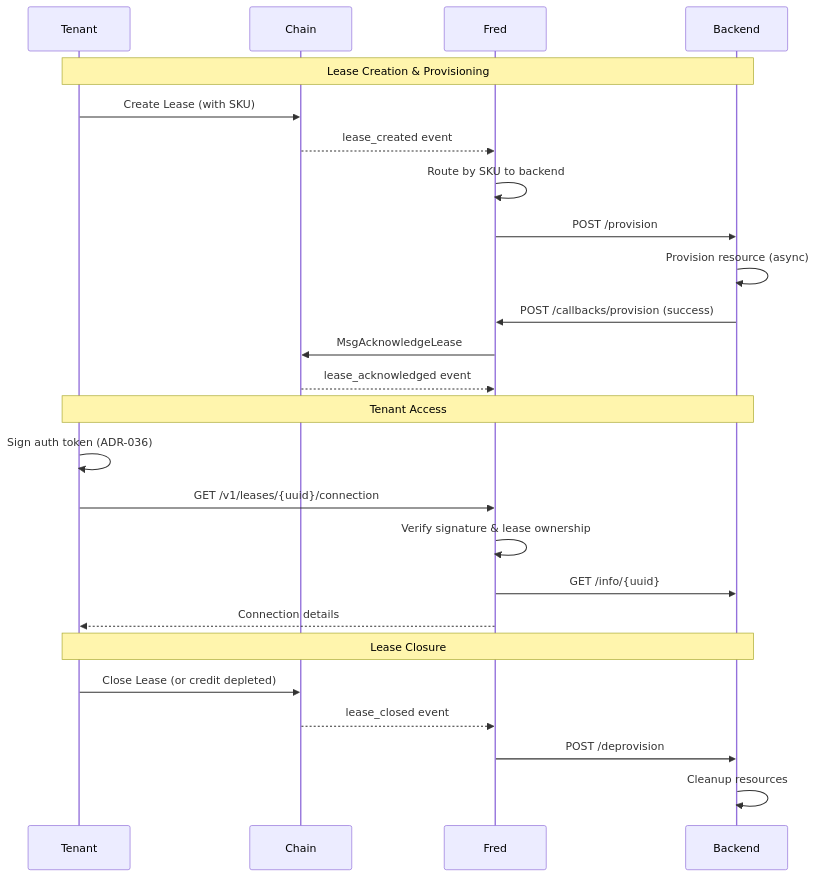
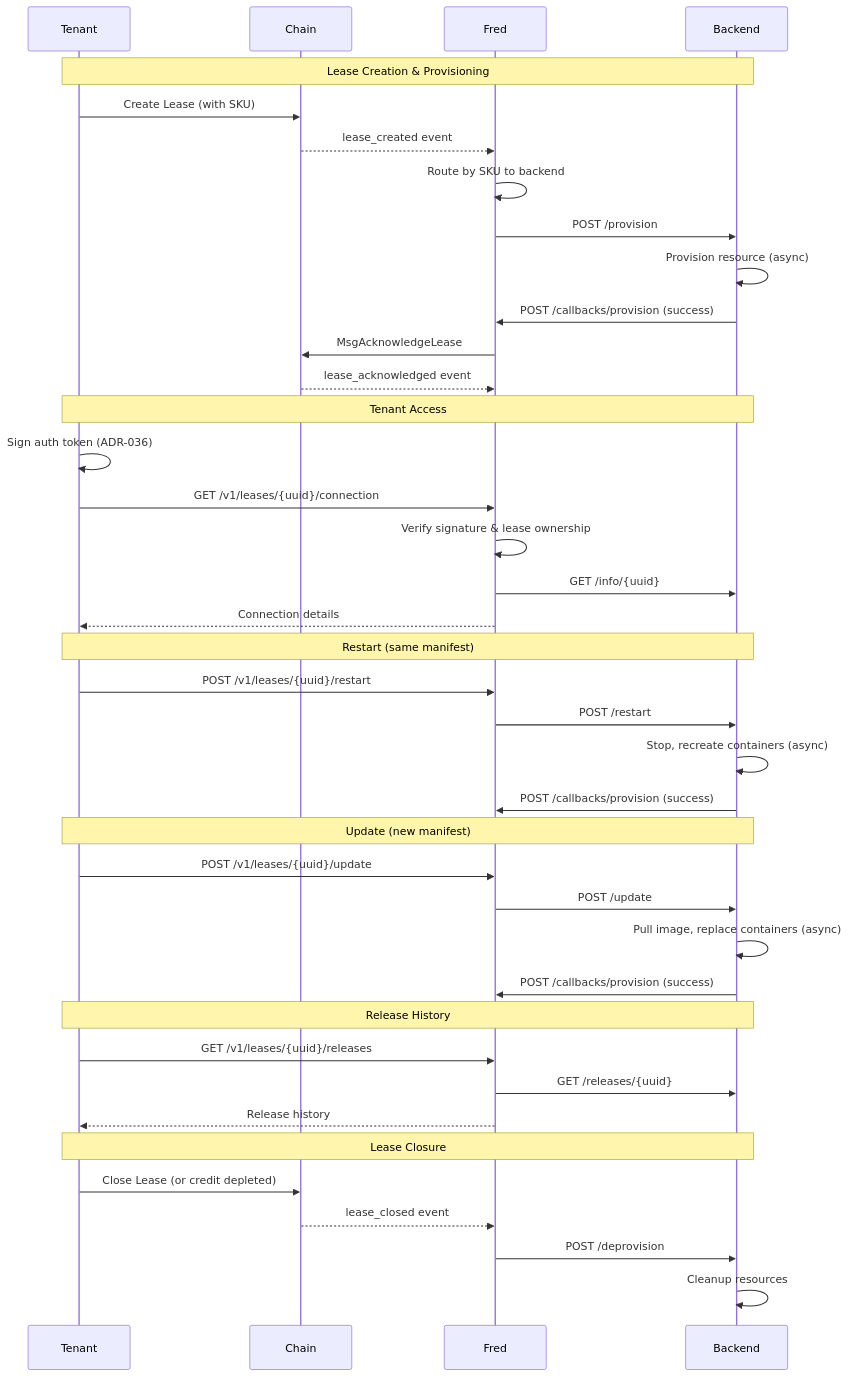
Before and after one commit to manifest-network/fred: the diagram in README.md, drawn with Mermaid. The commit also changed other lines of this file and 42 other files, not shown here.

````diff
--- a/README.md
+++ b/README.md
@@ -72,30 +73,47 @@
 ```mermaid
 sequenceDiagram
     participant T as Tenant
     participant C as Chain
     participant F as Fred
     participant B as Backend
 
     Note over T,B: Lease Creation & Provisioning
     T->>C: Create Lease (with SKU)
     C-->>F: lease_created event
     F->>F: Route by SKU to backend
     F->>B: POST /provision
     B->>B: Provision resource (async)
     B->>F: POST /callbacks/provision (success)
     F->>C: MsgAcknowledgeLease
     C-->>F: lease_acknowledged event
 
     Note over T,B: Tenant Access
     T->>T: Sign auth token (ADR-036)
     T->>F: GET /v1/leases/{uuid}/connection
     F->>F: Verify signature & lease ownership
     F->>B: GET /info/{uuid}
     F-->>T: Connection details
 
+    Note over T,B: Restart (same manifest)
+    T->>F: POST /v1/leases/{uuid}/restart
+    F->>B: POST /restart
+    B->>B: Stop, recreate containers (async)
+    B->>F: POST /callbacks/provision (success)
+
+    Note over T,B: Update (new manifest)
+    T->>F: POST /v1/leases/{uuid}/update
+    F->>B: POST /update
+    B->>B: Pull image, replace containers (async)
+    B->>F: POST /callbacks/provision (success)
+
+    Note over T,B: Release History
+    T->>F: GET /v1/leases/{uuid}/releases
+    F->>B: GET /releases/{uuid}
+    F-->>T: Release history
+
     Note over T,B: Lease Closure
     T->>C: Close Lease (or credit depleted)
     C-->>F: lease_closed event
     F->>B: POST /deprovision
     B->>B: Cleanup resources
 ```
````
